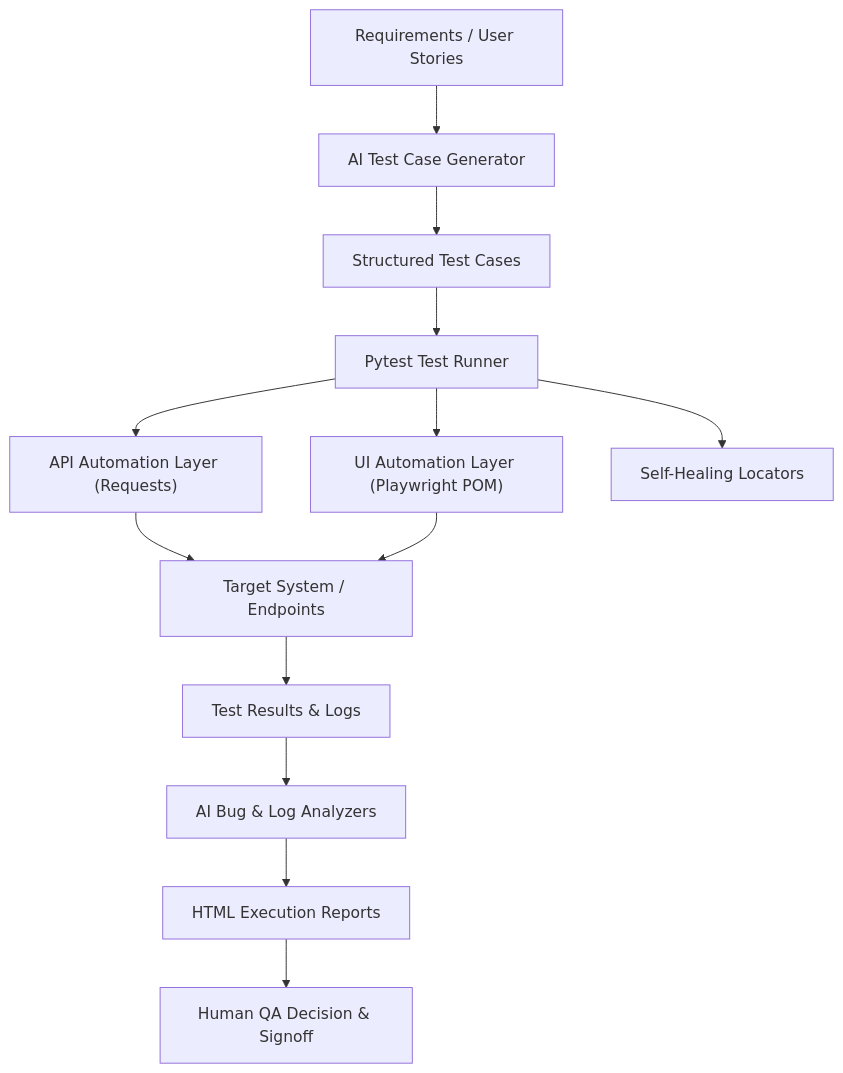
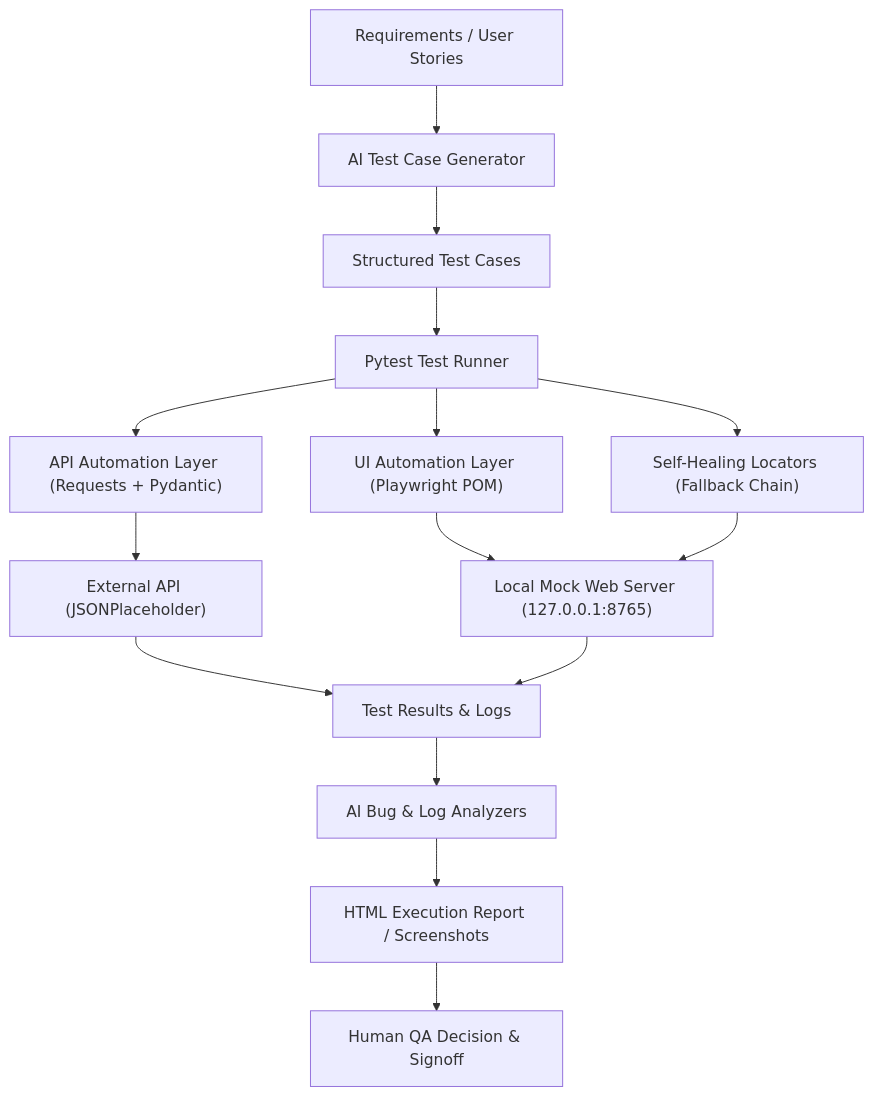
The diagram in README.md (pavan123chinta/AI-QA-Suite-Complete), drawn with Mermaid before and after one commit. The commit also changed other lines of this file, not shown here.

Commit message:
docs: add complete execution and interview demonstration guide

````diff
--- a/README.md
+++ b/README.md
@@ -82,15 +141,17 @@
 ```mermaid
 graph TD
     A[Requirements / User Stories] --> B[AI Test Case Generator]
     B --> C[Structured Test Cases]
     C --> D[Pytest Test Runner]
-    D --> E["API Automation Layer (Requests)"]
+    D --> E["API Automation Layer (Requests + Pydantic)"]
     D --> F["UI Automation Layer (Playwright POM)"]
-    D --> G[Self-Healing Locators]
-    E --> H[Target System / Endpoints]
-    F --> H
-    H --> I[Test Results & Logs]
-    I --> J[AI Bug & Log Analyzers]
-    J --> K[HTML Execution Reports]
-    K --> L[Human QA Decision & Signoff]
+    D --> G["Self-Healing Locators (Fallback Chain)"]
+    E --> H["External API (JSONPlaceholder)"]
+    F --> I["Local Mock Web Server (127.0.0.1:8765)"]
+    G --> I
+    H --> J[Test Results & Logs]
+    I --> J
+    J --> K[AI Bug & Log Analyzers]
+    K --> L[HTML Execution Report / Screenshots]
+    L --> M[Human QA Decision & Signoff]
 ```
````
